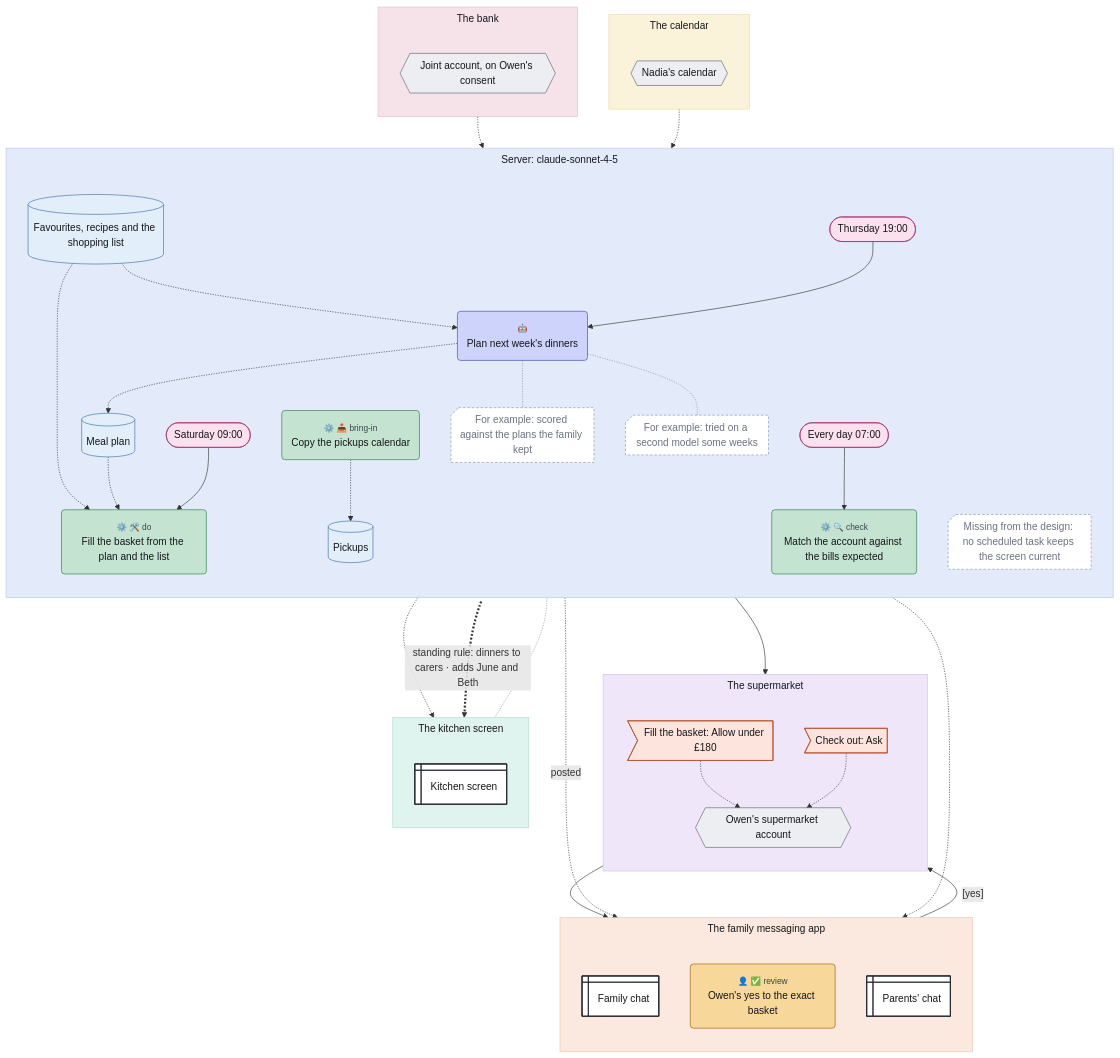
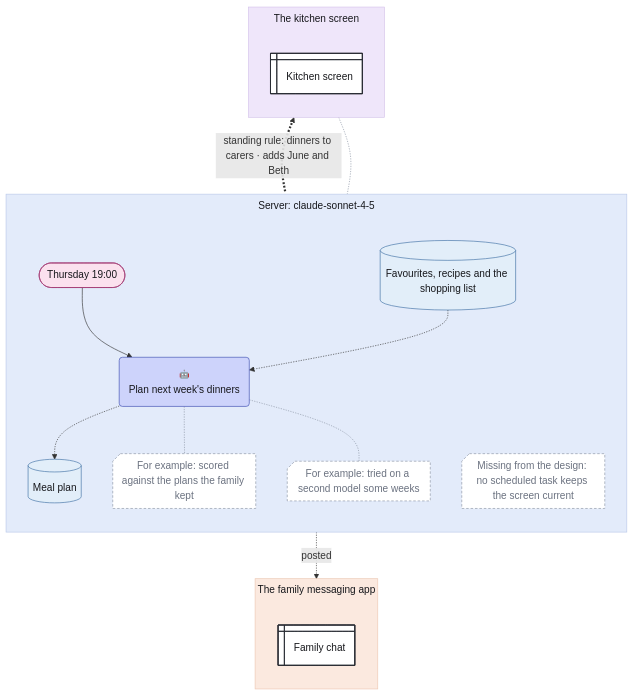
The diagram in examples/dinners-home.mmd (chrismdp/awml), drawn with Mermaid before and after one commit. The commit also changed 106 other files, not shown here.

```diff
--- a/examples/dinners-home.mmd
+++ b/examples/dinners-home.mmd
@@ -1,101 +1,58 @@
 ---
 config:
   theme: default
   fontFamily: Inter, sans-serif
   flowchart:
     useMaxWidth: false
     subGraphTitleMargin:
       top: 6
       bottom: 30
 ---
 flowchart TB
   subgraph server["Server#58; claude#45;sonnet#45;4#45;5"]
     direction TB
     thu(["Thursday 19#58;00"])
-    sat(["Saturday 09#58;00"])
-    daily(["Every day 07#58;00"])
-    copy("<small style='color:rgb(61,67,79)'>⚙️ 📥 bring-in</small><br>Copy the pickups calendar")
-    pickups[("Pickups")]
     screen_gap@{ shape: notch-rect, label: "Missing from the design#58; no scheduled task keeps the screen current" }
     favourites[("Favourites#44; recipes and the shopping list")]
     plan("<small style='color:rgb(61,67,79)'>🤖</small><br>Plan next week#39;s dinners")
     mealplan[("Meal plan")]
-    fill("<small style='color:rgb(61,67,79)'>⚙️ 🛠️ do</small><br>Fill the basket from the plan and the list")
-    match("<small style='color:rgb(61,67,79)'>⚙️ 🔍 check</small><br>Match the account against the bills expected")
     scored@{ shape: notch-rect, label: "For example#58; scored against the plans the family kept" }
     tried@{ shape: notch-rect, label: "For example#58; tried on a second model some weeks" }
   end
   subgraph app["The family messaging app"]
     direction TB
     chat@{ shape: win-pane, label: "Family chat" }
-    approve("<small style='color:rgb(61,67,79)'>👤 ✅ review</small><br>Owen#39;s yes to the exact basket")
-    parents_chat@{ shape: win-pane, label: "Parents#39; chat" }
-  end
-  subgraph supermarket["The supermarket"]
-    direction TB
-    basket>"Fill the basket#58; Allow under £180"]
-    checkout>"Check out#58; Ask"]
-    shop{{"Owen#39;s supermarket account"}}
-  end
-  subgraph calendars["The calendar"]
-    direction TB
-    calendar{{"Nadia#39;s calendar"}}
   end
   subgraph wall["The kitchen screen"]
     direction TB
     screen@{ shape: win-pane, label: "Kitchen screen" }
-  end
-  subgraph banking["The bank"]
-    direction TB
-    bank{{"Joint account#44; on Owen#39;s consent"}}
   end
 
   thu --> plan
   favourites -.-> plan
   plan -.-> mealplan
   mealplan -.->|"posted"| chat
-  sat --> fill
-  mealplan -.-> fill
-  favourites -.-> fill
-  fill --> basket
-  basket -.-> shop
-  basket --> approve
-  approve -->|"#91;yes#93;"| checkout
-  checkout -.-> shop
-  calendar -.-> copy
-  copy -.-> pickups
-  pickups -.-> screen
   screen <==>|"standing rule#58; dinners to carers · adds June and Beth"| mealplan
   screen -.- screen_gap
-  daily --> match
-  bank -.-> match
-  match -.-> parents_chat
   plan -.- scored
   plan -.- tried
   classDef trig fill:#fbe1ee,stroke:#a33a74,color:#16171b
   classDef ctx fill:#e2eef9,stroke:#3d6fa3,color:#16171b
   classDef con fill:#eceef2,stroke:#5d6472,color:#16171b
   classDef surf fill:#ffffff,stroke:#2a2d35,stroke-width:1.5px,color:#16171b
   classDef out fill:#fde4dc,stroke:#b5532f,color:#16171b
   classDef ai fill:#cdd3fb,stroke:#3b4bb0,color:#16171b
   classDef code fill:#c4e3d1,stroke:#2b7a4f,color:#16171b
   classDef person fill:#f7d79a,stroke:#9a6100,color:#16171b
   classDef uml fill:#16171b,stroke:#16171b,color:#16171b
   classDef gap fill:#ffffff,stroke:#8a93a3,stroke-dasharray:4 3,color:#6b7280
-  class thu,sat,daily trig
-  class pickups,favourites,mealplan ctx
-  class calendar,shop,bank con
-  class screen,chat,parents_chat surf
-  class basket,checkout out
+  class thu trig
+  class favourites,mealplan ctx
+  class screen,chat surf
   class plan ai
-  class copy,fill,match code
-  class approve person
   class screen_gap,scored,tried gap
   style server fill:#e3ebfa,stroke:#b9c8e8,color:#16171b
   style app fill:#fbe9df,stroke:#ecc7b2,color:#16171b
-  style supermarket fill:#efe6fa,stroke:#d3c2ea,color:#16171b
-  style calendars fill:#fbf3d9,stroke:#e8d9a6,color:#16171b
-  style wall fill:#dff3ef,stroke:#b4ddd4,color:#16171b
-  style banking fill:#f6e3ea,stroke:#e3bccb,color:#16171b
-  linkStyle 15 stroke-dasharray:3,marker-end:none
-  linkStyle 16,20,21 stroke:#8a93a3
+  style wall fill:#efe6fa,stroke:#d3c2ea,color:#16171b
+  linkStyle 4 stroke-dasharray:3,marker-end:none
+  linkStyle 5,6,7 stroke:#8a93a3
```
